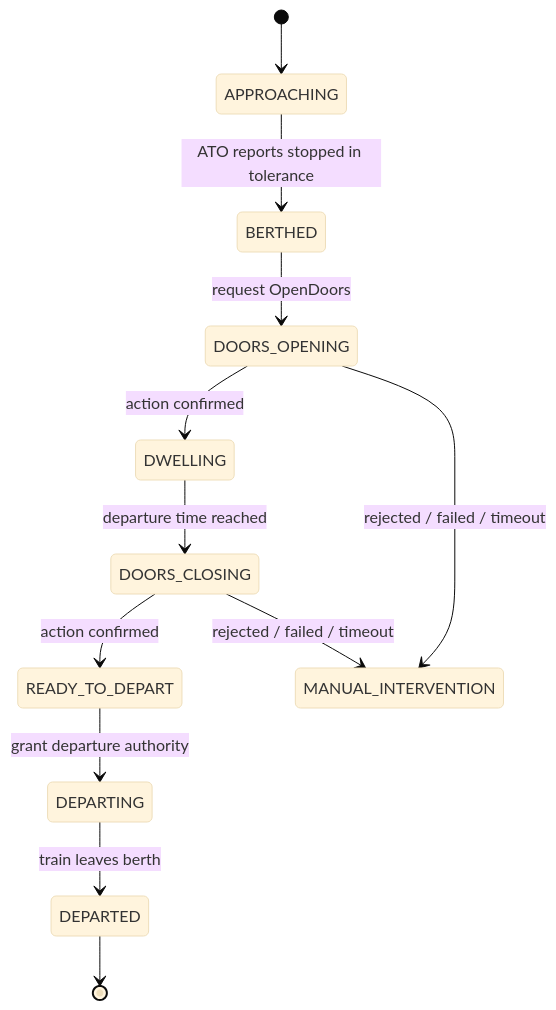
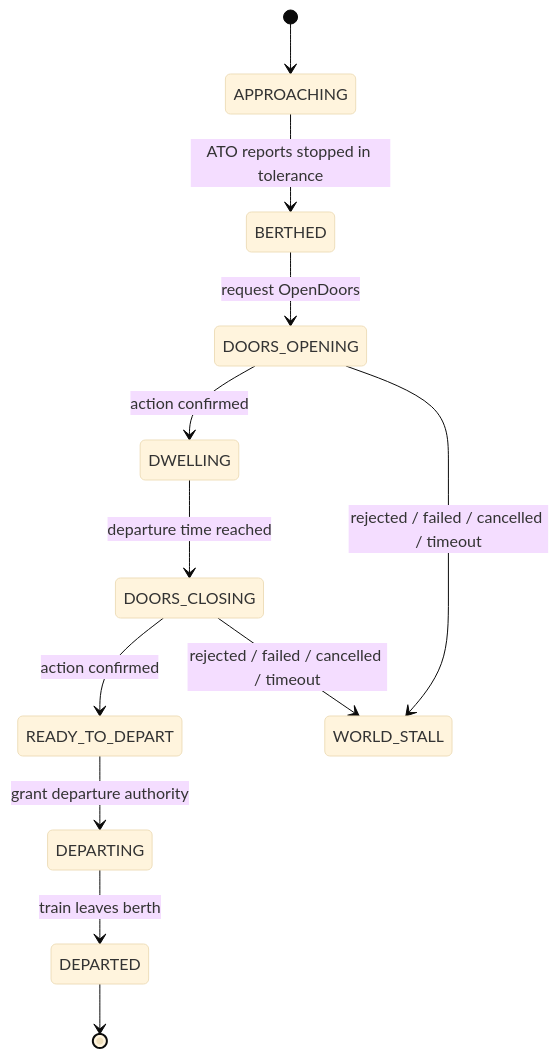
The third of 3 diagrams in docs/architecture/automatic-train-operation.md (i-Moril/JavaRailways), drawn with Mermaid (base theme) before and after one commit. The commit also changed other lines of this file and 7 other files, not shown here.

````diff
--- a/docs/architecture/automatic-train-operation.md
+++ b/docs/architecture/automatic-train-operation.md
@@ -493,14 +493,14 @@
 ```mermaid
 stateDiagram-v2
     [*] --> APPROACHING
     APPROACHING --> BERTHED: ATO reports stopped in tolerance
     BERTHED --> DOORS_OPENING: request OpenDoors
     DOORS_OPENING --> DWELLING: action confirmed
     DWELLING --> DOORS_CLOSING: departure time reached
     DOORS_CLOSING --> READY_TO_DEPART: action confirmed
-    DOORS_OPENING --> MANUAL_INTERVENTION: rejected / failed / timeout
-    DOORS_CLOSING --> MANUAL_INTERVENTION: rejected / failed / timeout
+    DOORS_OPENING --> WORLD_STALL: rejected / failed / cancelled / timeout
+    DOORS_CLOSING --> WORLD_STALL: rejected / failed / cancelled / timeout
     READY_TO_DEPART --> DEPARTING: grant departure authority
     DEPARTING --> DEPARTED: train leaves berth
     DEPARTED --> [*]
 ```
````
